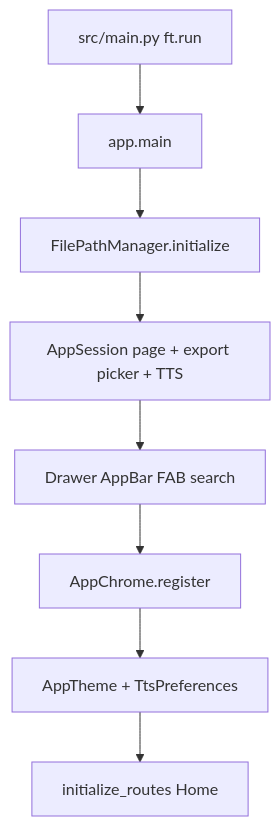
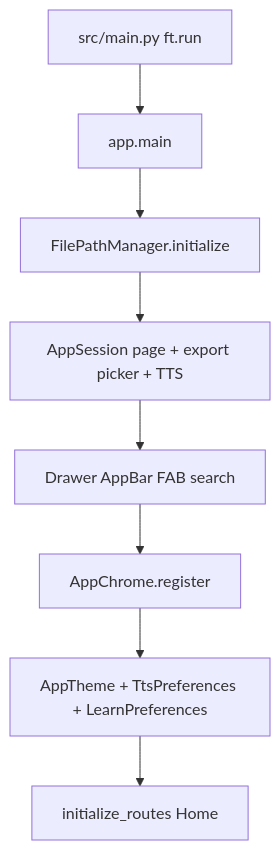
The diagram in docs/architecture/startup.md (BartoszKog/my-first-learning-app), drawn with Mermaid before and after one commit. The commit also changed other lines of this file and 21 other files, not shown here.

````diff
--- a/docs/architecture/startup.md
+++ b/docs/architecture/startup.md
@@ -11,10 +11,10 @@
 ```mermaid
 flowchart TD
     Run[src/main.py ft.run] --> Main[app.main]
     Main --> Paths[FilePathManager.initialize]
     Paths --> Session[AppSession page + export picker + TTS]
     Session --> ChromeUI[Drawer AppBar FAB search]
     ChromeUI --> Register[AppChrome.register]
-    Register --> Prefs[AppTheme + TtsPreferences]
+    Register --> Prefs[AppTheme + TtsPreferences + LearnPreferences]
     Prefs --> Routes[initialize_routes Home]
 ```
````
